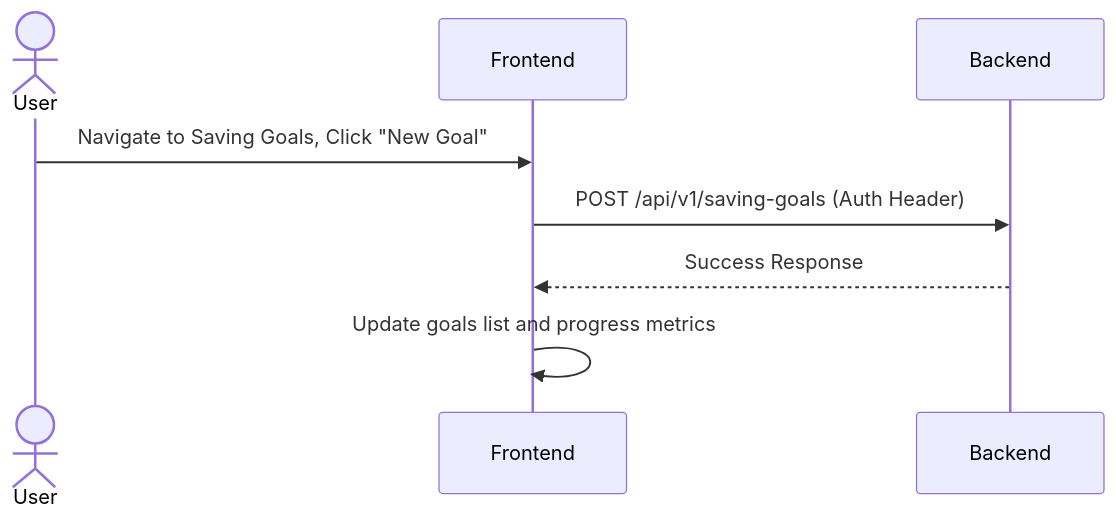
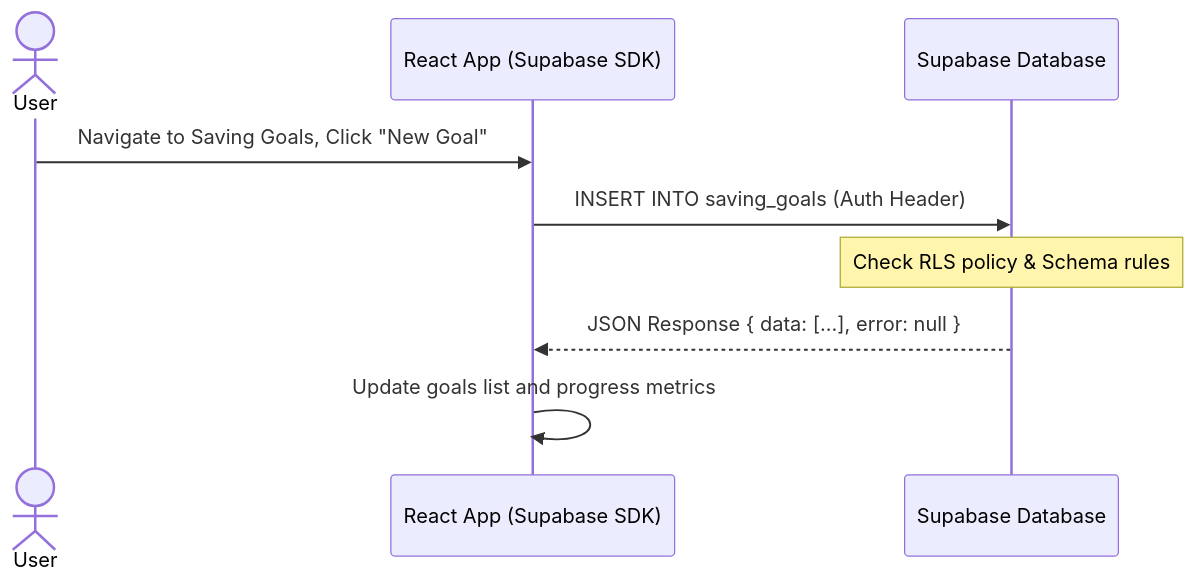
The third of 3 diagrams in docs/requirements.md (rifkykurniawan/e-ff-project), drawn with Mermaid before and after one commit. The commit also changed other lines of this file and 14 other files, not shown here.

Commit message:
feat: implement multi-user sign-up workflow and enforce data isolation via Supabase RLS policies

````diff
--- a/docs/requirements.md
+++ b/docs/requirements.md
@@ -141,10 +142,11 @@
 ```mermaid
 sequenceDiagram
     actor User
-    participant Frontend
-    participant Backend
+    participant Frontend as React App (Supabase SDK)
+    participant DB as Supabase Database
     User->>Frontend: Navigate to Saving Goals, Click "New Goal"
-    Frontend->>Backend: POST /api/v1/saving-goals (Auth Header)
-    Backend-->>Frontend: Success Response
+    Frontend->>DB: INSERT INTO saving_goals (Auth Header)
+    Note over DB: Check RLS policy & Schema rules
+    DB-->>Frontend: JSON Response { data: [...], error: null }
     Frontend->>Frontend: Update goals list and progress metrics
 ```
````
